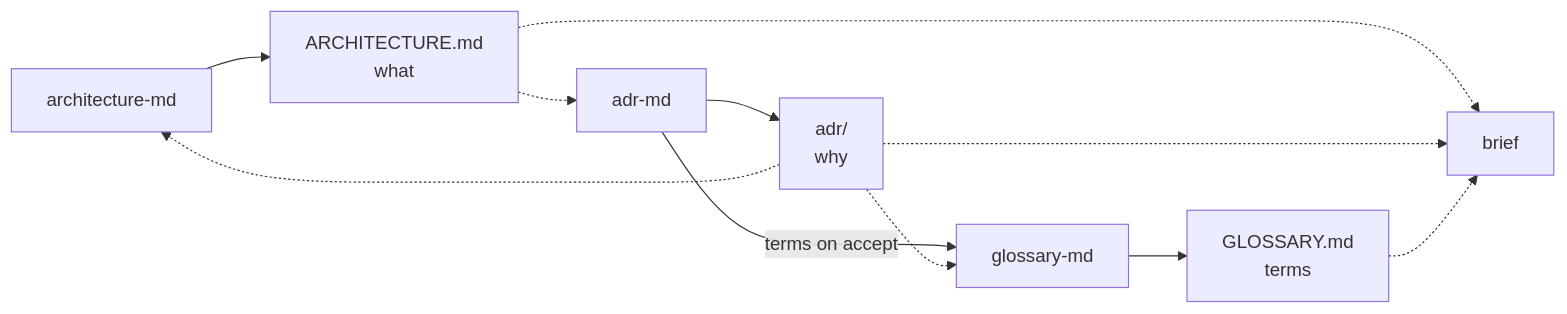
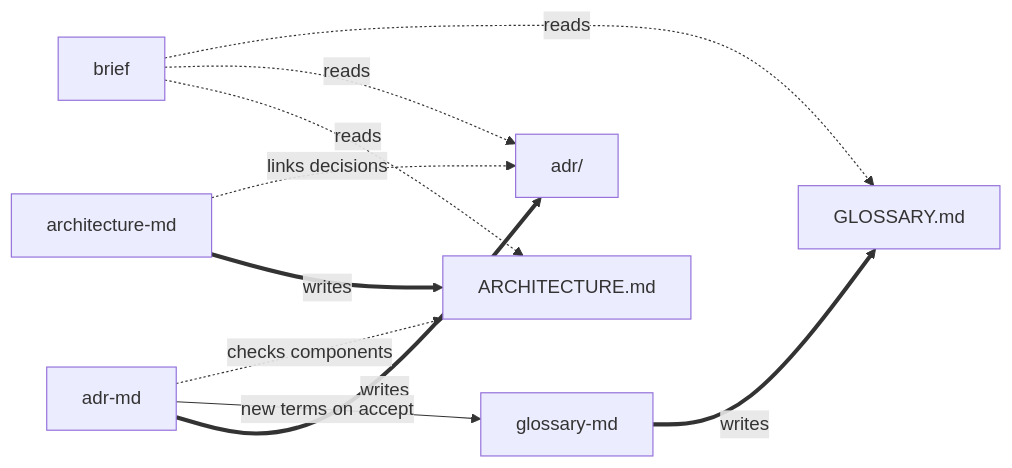
Before and after one commit to cdvel/architecture-skills: the diagram in README.md, drawn with Mermaid. The commit also changed other lines of this file, not shown here.

````diff
--- a/README.md
+++ b/README.md
@@ -28,11 +42,12 @@
 ```mermaid
 flowchart LR
-  arch["architecture-md"] --> A["ARCHITECTURE.md<br/>what"]
-  adr["adr-md"] --> D["adr/<br/>why"]
-  gloss["glossary-md"] --> G["GLOSSARY.md<br/>terms"]
-  adr -- "terms on accept" --> gloss
-  A -.-> adr
-  D -.-> arch
-  D -.-> gloss
-  A & D & G -.-> brief["brief"]
+  am["architecture-md"] == writes ==> A["ARCHITECTURE.md"]
+  ad["adr-md"] == writes ==> D["adr/"]
+  gm["glossary-md"] == writes ==> G["GLOSSARY.md"]
+  ad -- new terms on accept --> gm
+  am -. links decisions .-> D
+  ad -. checks components .-> A
+  br["brief"] -. reads .-> A
+  br -. reads .-> D
+  br -. reads .-> G
 ```
````
